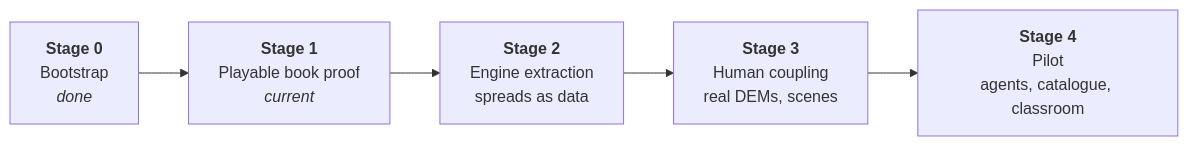
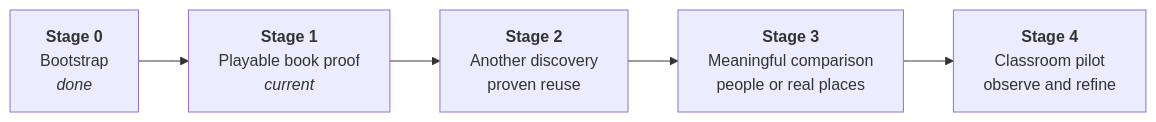
The diagram in docs/plan/README.md (JohnnnyTang/uplift), drawn with Mermaid before and after one commit. The commit also changed other lines of this file and 7 other files, not shown here.

````diff
--- a/docs/plan/README.md
+++ b/docs/plan/README.md
@@ -146,7 +153,7 @@
 ```mermaid
 flowchart LR
     S0["<b>Stage 0</b><br/>Bootstrap<br/><i>done</i>"] --> S1["<b>Stage 1</b><br/>Playable book proof<br/><i>current</i>"]
-    S1 --> S2["<b>Stage 2</b><br/>Engine extraction<br/>spreads as data"]
-    S2 --> S3["<b>Stage 3</b><br/>Human coupling<br/>real DEMs, scenes"]
-    S3 --> S4["<b>Stage 4</b><br/>Pilot<br/>agents, catalogue, classroom"]
+    S1 --> S2["<b>Stage 2</b><br/>Another discovery<br/>proven reuse"]
+    S2 --> S3["<b>Stage 3</b><br/>Meaningful comparison<br/>people or real places"]
+    S3 --> S4["<b>Stage 4</b><br/>Classroom pilot<br/>observe and refine"]
 ```
````
